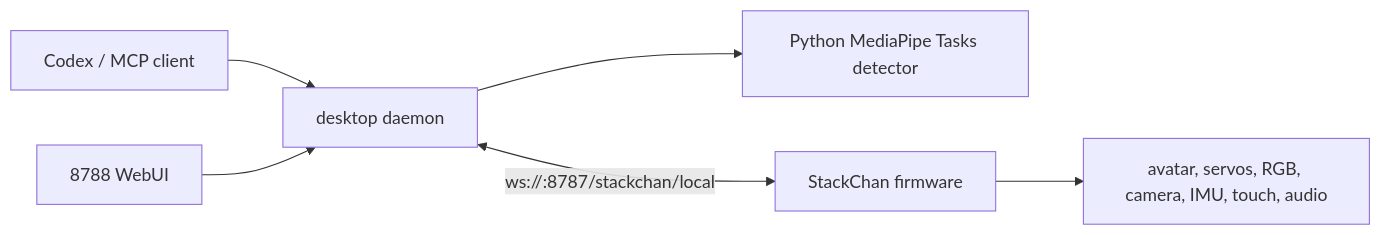
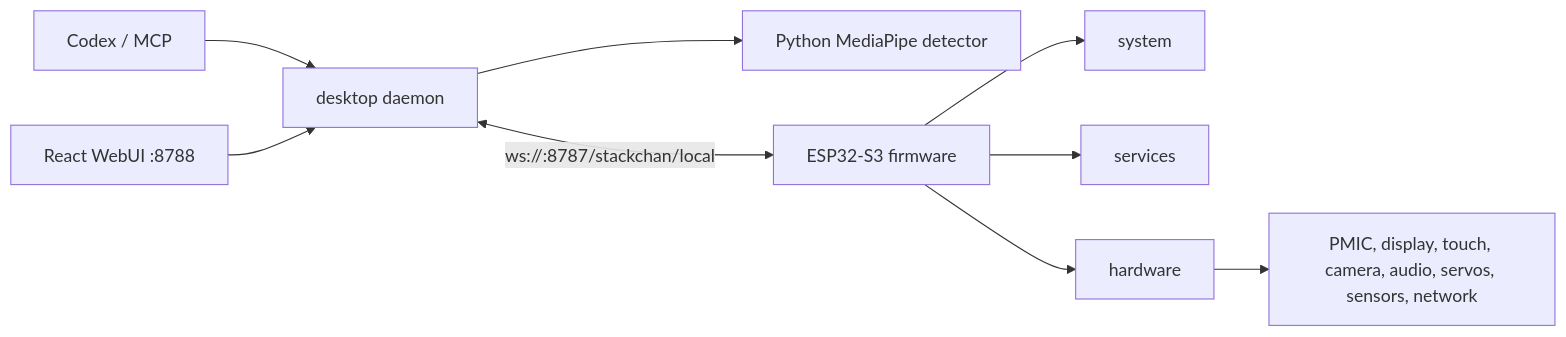
One commit to xuruiray/stackchan-local changed the diagram in README.md. Above: the diagram before and after it, drawn with Mermaid. The commit also changed other lines of this file and 106 other files, not shown here.

First line of the commit message:
feat: restructure firmware and hardware console

````diff
--- a/README.md
+++ b/README.md
@@ -69,8 +55,11 @@
 ```mermaid
 flowchart LR
-  Codex["Codex / MCP client"] --> Desktop["desktop daemon"]
-  Browser["8788 WebUI"] --> Desktop
-  Desktop --> Vision["Python MediaPipe Tasks detector"]
-  Desktop <-->|"ws://<mac-ip>:8787/stackchan/local"| Firmware["StackChan firmware"]
-  Firmware --> Hardware["avatar, servos, RGB, camera, IMU, touch, audio"]
+  Codex["Codex / MCP"] --> Desktop["desktop daemon"]
+  Browser["React WebUI :8788"] --> Desktop
+  Desktop --> Vision["Python MediaPipe detector"]
+  Desktop <-->|"ws://<mac-ip>:8787/stackchan/local"| Firmware["ESP32-S3 firmware"]
+  Firmware --> System["system"]
+  Firmware --> Services["services"]
+  Firmware --> Hardware["hardware"]
+  Hardware --> Devices["PMIC, display, touch, camera, audio, servos, sensors, network"]
 ```
````
